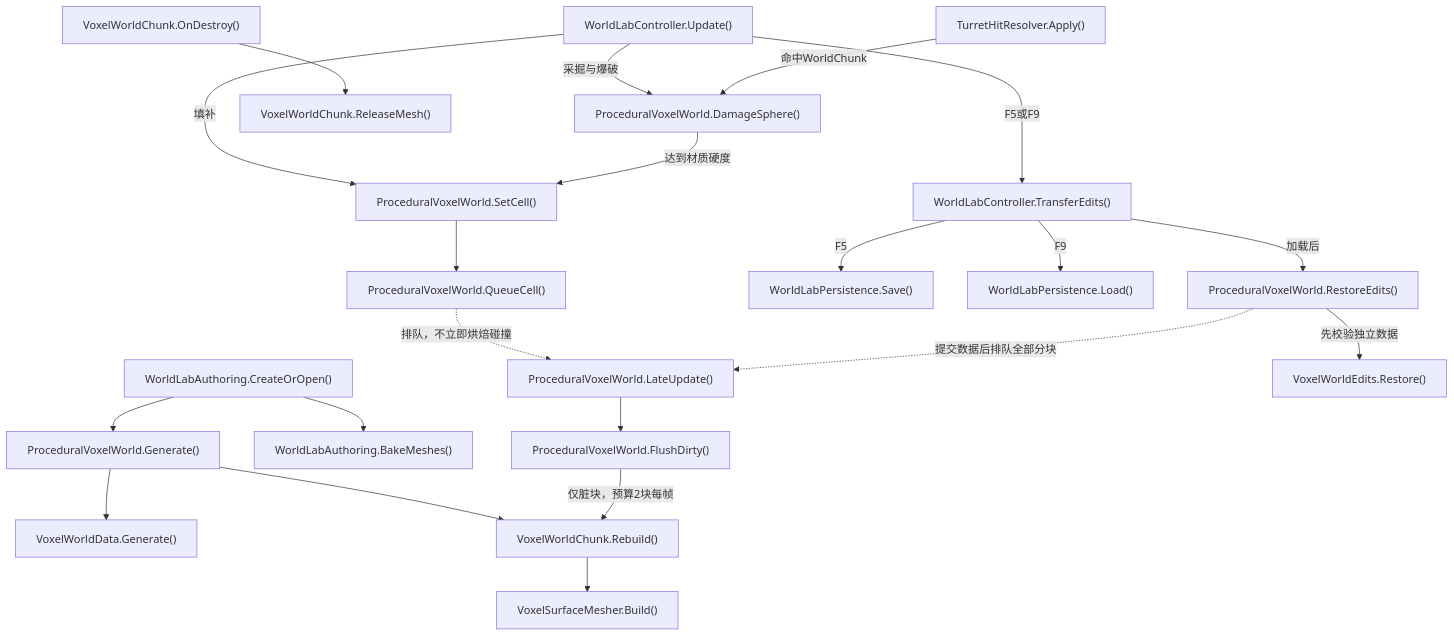
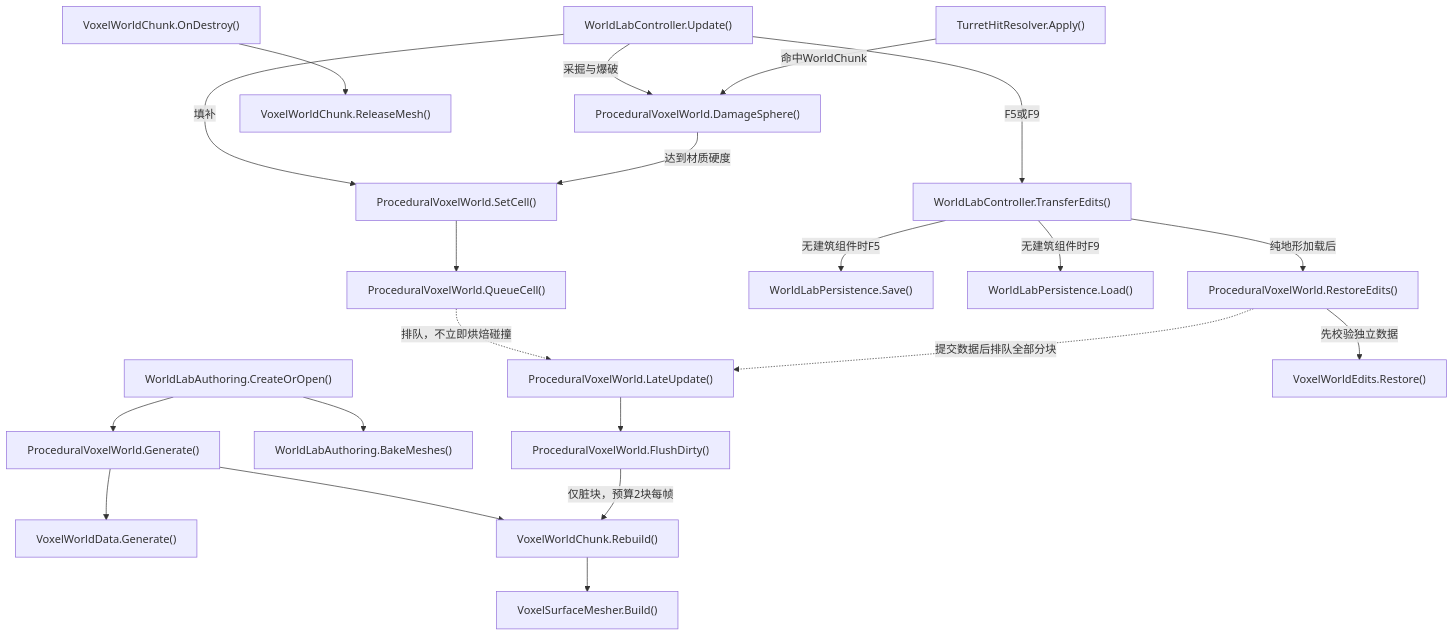
One commit to kukudia/HY-Sandbox changed diagram 12 of 15 in Docs/RuntimeFlow.md. Above: the diagram before and after it, drawn with Mermaid. The commit also changed other lines of this file and 54 other files, not shown here.

First line of the commit message:
feat(world): integrate building blueprints into WorldLab

````diff
--- a/Docs/RuntimeFlow.md
+++ b/Docs/RuntimeFlow.md
@@ -1136,63 +1142,63 @@
 ```mermaid
 flowchart TD
     A["WorldLabAuthoring.CreateOrOpen()"]
     click A "../Assets/Editor/World/WorldLabAuthoring.cs#L13" "打开源码"
     B["ProceduralVoxelWorld.Generate()"]
-    click B "../Assets/Scripts/Features/World/ProceduralVoxelWorld.cs#L54" "打开源码"
+    click B "../Assets/Scripts/Features/World/ProceduralVoxelWorld.cs#L56" "打开源码"
     C["VoxelWorldData.Generate()"]
     click C "../Assets/Scripts/Features/World/VoxelWorldData.cs#L78" "打开源码"
     D["VoxelWorldChunk.Rebuild()"]
     click D "../Assets/Scripts/Features/World/VoxelWorldChunk.cs#L18" "打开源码"
     E["VoxelSurfaceMesher.Build()"]
     click E "../Assets/Scripts/Features/World/VoxelSurfaceMesher.cs#L63" "打开源码"
     F["WorldLabAuthoring.BakeMeshes()"]
     click F "../Assets/Editor/World/WorldLabAuthoring.cs#L99" "打开源码"
     G["WorldLabController.Update()"]
-    click G "../Assets/Scripts/Features/World/WorldLabController.cs#L53" "打开源码"
+    click G "../Assets/Scripts/Features/World/WorldLabController.cs#L57" "打开源码"
     H["ProceduralVoxelWorld.DamageSphere()"]
-    click H "../Assets/Scripts/Features/World/ProceduralVoxelWorld.cs#L180" "打开源码"
+    click H "../Assets/Scripts/Features/World/ProceduralVoxelWorld.cs#L192" "打开源码"
     I["ProceduralVoxelWorld.SetCell()"]
-    click I "../Assets/Scripts/Features/World/ProceduralVoxelWorld.cs#L144" "打开源码"
+    click I "../Assets/Scripts/Features/World/ProceduralVoxelWorld.cs#L151" "打开源码"
     J["ProceduralVoxelWorld.QueueCell()"]
-    click J "../Assets/Scripts/Features/World/ProceduralVoxelWorld.cs#L239" "打开源码"
+    click J "../Assets/Scripts/Features/World/ProceduralVoxelWorld.cs#L251" "打开源码"
     K["ProceduralVoxelWorld.LateUpdate()"]
-    click K "../Assets/Scripts/Features/World/ProceduralVoxelWorld.cs#L261" "打开源码"
+    click K "../Assets/Scripts/Features/World/ProceduralVoxelWorld.cs#L273" "打开源码"
     L["ProceduralVoxelWorld.FlushDirty()"]
-    click L "../Assets/Scripts/Features/World/ProceduralVoxelWorld.cs#L266" "打开源码"
+    click L "../Assets/Scripts/Features/World/ProceduralVoxelWorld.cs#L278" "打开源码"
     M["TurretHitResolver.Apply()"]
     click M "../Assets/Scripts/Features/Combat/TurretHitResolver.cs#L7" "打开源码"
     N["VoxelWorldChunk.OnDestroy()"]
     click N "../Assets/Scripts/Features/World/VoxelWorldChunk.cs#L41" "打开源码"
     O["VoxelWorldChunk.ReleaseMesh()"]
     click O "../Assets/Scripts/Features/World/VoxelWorldChunk.cs#L46" "打开源码"
     P["WorldLabController.TransferEdits()"]
-    click P "../Assets/Scripts/Features/World/WorldLabController.cs#L156" "打开源码"
+    click P "../Assets/Scripts/Features/World/WorldLabController.cs#L183" "打开源码"
     Q["WorldLabPersistence.Save()"]
     click Q "../Assets/Scripts/Features/World/WorldLabPersistence.cs#L10" "打开源码"
     R["WorldLabPersistence.Load()"]
-    click R "../Assets/Scripts/Features/World/WorldLabPersistence.cs#L42" "打开源码"
+    click R "../Assets/Scripts/Features/World/WorldLabPersistence.cs#L57" "打开源码"
     S["ProceduralVoxelWorld.RestoreEdits()"]
-    click S "../Assets/Scripts/Features/World/ProceduralVoxelWorld.cs#L161" "打开源码"
+    click S "../Assets/Scripts/Features/World/ProceduralVoxelWorld.cs#L169" "打开源码"
     T["VoxelWorldEdits.Restore()"]
     click T "../Assets/Scripts/Features/World/VoxelWorldEdits.cs#L52" "打开源码"
     A --> B
     B --> C
     B --> D
     D --> E
     A --> F
     G -->|采掘与爆破| H
     G -->|填补| I
     M -->|命中WorldChunk| H
     H -->|达到材质硬度| I
     I --> J
     J -.->|排队，不立即烘焙碰撞| K
     K --> L
     L -->|仅脏块，预算2块每帧| D
     N --> O
     G -->|F5或F9| P
-    P -->|F5| Q
-    P -->|F9| R
-    P -->|加载后| S
+    P -->|无建筑组件时F5| Q
+    P -->|无建筑组件时F9| R
+    P -->|纯地形加载后| S
     S -->|先校验独立数据| T
     S -.->|提交数据后排队全部分块| K
 ```
````
